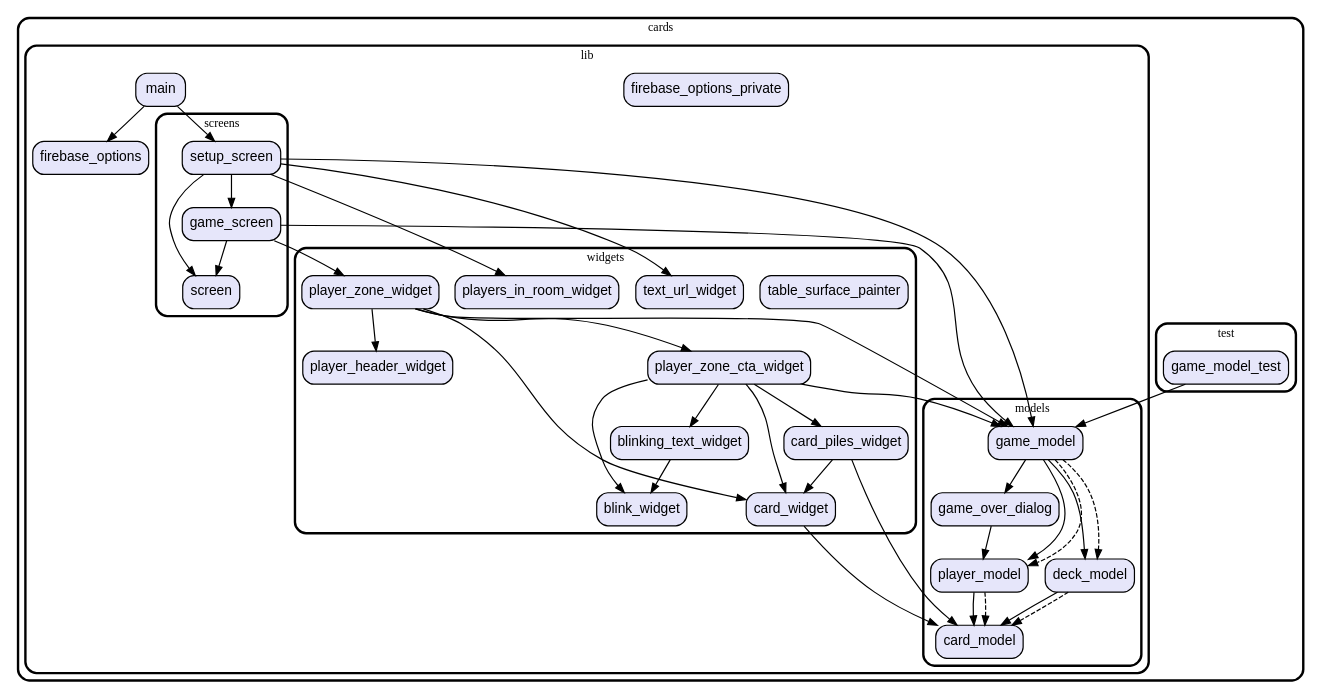
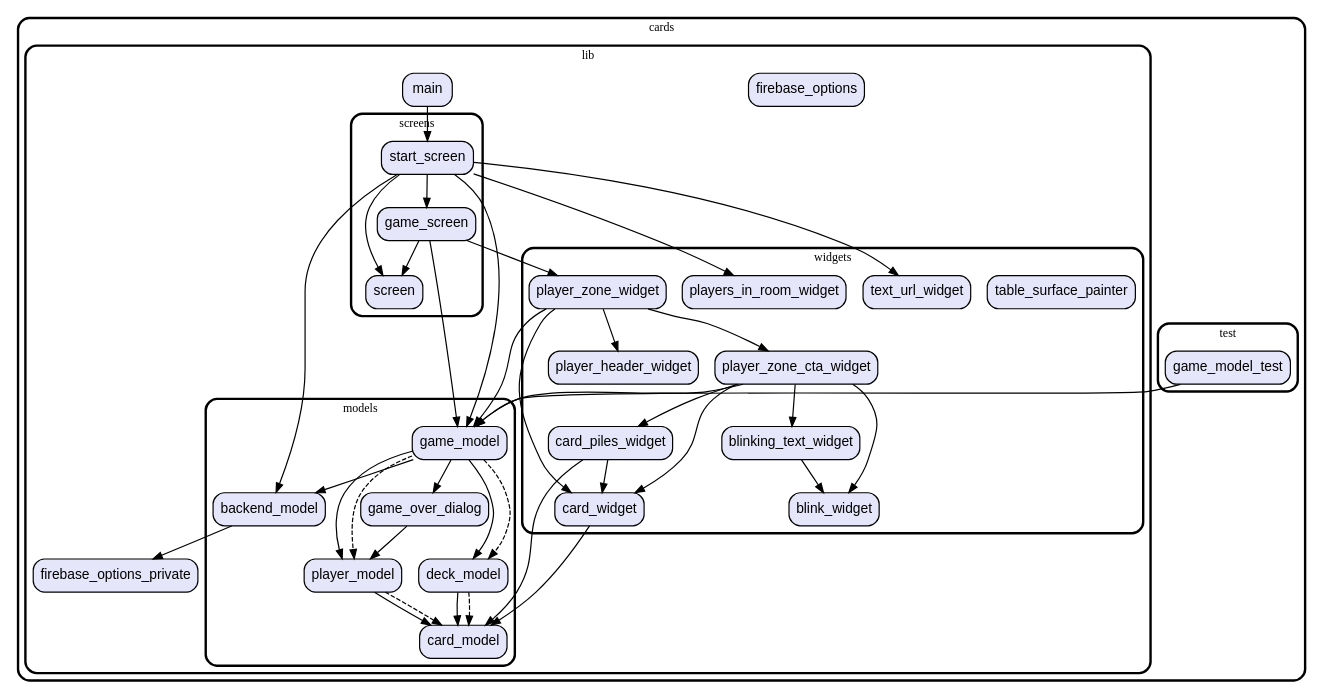
The diagram in graph.dot (vteam-com/Cards), drawn with Graphviz before and after one commit. The commit also changed 13 other files, not shown here.

```diff
--- a/graph.dot
+++ b/graph.dot
@@ -1,101 +1,105 @@
 digraph "" {
   graph [style=rounded fontname="Arial Black" fontsize=13 penwidth=2.6];
   node [shape=rect style="filled,rounded" fontname=Arial fontsize=15 fillcolor=Lavender penwidth=1.3];
   edge [penwidth=1.3];
   "/test/game_model_test.dart" [label="game_model_test"];
   "/lib/firebase_options_private.dart" [label="firebase_options_private"];
   "/lib/firebase_options.dart" [label="firebase_options"];
   "/lib/models/game_model.dart" [label="game_model"];
   "/lib/models/game_over_dialog.dart" [label="game_over_dialog"];
   "/lib/models/player_model.dart" [label="player_model"];
   "/lib/models/card_model.dart" [label="card_model"];
+  "/lib/models/backend_model.dart" [label="backend_model"];
   "/lib/models/deck_model.dart" [label="deck_model"];
   "/lib/screens/game_screen.dart" [label="game_screen"];
-  "/lib/screens/setup_screen.dart" [label="setup_screen"];
+  "/lib/screens/start_screen.dart" [label="start_screen"];
   "/lib/screens/screen.dart" [label="screen"];
   "/lib/main.dart" [label="main"];
   "/lib/widgets/player_zone_cta_widget.dart" [label="player_zone_cta_widget"];
   "/lib/widgets/table_surface_painter.dart" [label="table_surface_painter"];
   "/lib/widgets/card_widget.dart" [label="card_widget"];
   "/lib/widgets/player_header_widget.dart" [label="player_header_widget"];
   "/lib/widgets/players_in_room_widget.dart" [label="players_in_room_widget"];
   "/lib/widgets/player_zone_widget.dart" [label="player_zone_widget"];
   "/lib/widgets/card_piles_widget.dart" [label="card_piles_widget"];
   "/lib/widgets/text_url_widget.dart" [label="text_url_widget"];
   "/lib/widgets/blink_widget.dart" [label="blink_widget"];
   "/lib/widgets/blinking_text_widget.dart" [label="blinking_text_widget"];
   subgraph "cluster~" {
     label="cards";
     subgraph "cluster~/test" {
       label="test";
       "/test/game_model_test.dart";
     }
     subgraph "cluster~/lib" {
       label="lib";
       "/lib/firebase_options_private.dart";
       "/lib/firebase_options.dart";
       "/lib/main.dart";
       subgraph "cluster~/lib/models" {
         label="models";
         "/lib/models/game_model.dart";
         "/lib/models/game_over_dialog.dart";
         "/lib/models/player_model.dart";
         "/lib/models/card_model.dart";
+        "/lib/models/backend_model.dart";
         "/lib/models/deck_model.dart";
       }
       subgraph "cluster~/lib/screens" {
         label="screens";
         "/lib/screens/game_screen.dart";
-        "/lib/screens/setup_screen.dart";
+        "/lib/screens/start_screen.dart";
         "/lib/screens/screen.dart";
       }
       subgraph "cluster~/lib/widgets" {
         label="widgets";
         "/lib/widgets/player_zone_cta_widget.dart";
         "/lib/widgets/table_surface_painter.dart";
         "/lib/widgets/card_widget.dart";
         "/lib/widgets/player_header_widget.dart";
         "/lib/widgets/players_in_room_widget.dart";
         "/lib/widgets/player_zone_widget.dart";
         "/lib/widgets/card_piles_widget.dart";
         "/lib/widgets/text_url_widget.dart";
         "/lib/widgets/blink_widget.dart";
         "/lib/widgets/blinking_text_widget.dart";
       }
     }
   }
   "/test/game_model_test.dart" -> "/lib/models/game_model.dart";
+  "/lib/models/game_model.dart" -> "/lib/models/backend_model.dart";
   "/lib/models/game_model.dart" -> "/lib/models/deck_model.dart";
   "/lib/models/game_model.dart" -> "/lib/models/game_over_dialog.dart";
   "/lib/models/game_model.dart" -> "/lib/models/player_model.dart";
   "/lib/models/game_model.dart" -> "/lib/models/deck_model.dart" [style=dashed];
   "/lib/models/game_model.dart" -> "/lib/models/player_model.dart" [style=dashed];
   "/lib/models/game_over_dialog.dart" -> "/lib/models/player_model.dart";
   "/lib/models/player_model.dart" -> "/lib/models/card_model.dart";
   "/lib/models/player_model.dart" -> "/lib/models/card_model.dart" [style=dashed];
+  "/lib/models/backend_model.dart" -> "/lib/firebase_options_private.dart";
   "/lib/models/deck_model.dart" -> "/lib/models/card_model.dart";
   "/lib/models/deck_model.dart" -> "/lib/models/card_model.dart" [style=dashed];
   "/lib/screens/game_screen.dart" -> "/lib/models/game_model.dart";
   "/lib/screens/game_screen.dart" -> "/lib/screens/screen.dart";
   "/lib/screens/game_screen.dart" -> "/lib/widgets/player_zone_widget.dart";
-  "/lib/screens/setup_screen.dart" -> "/lib/models/game_model.dart";
-  "/lib/screens/setup_screen.dart" -> "/lib/screens/game_screen.dart";
-  "/lib/screens/setup_screen.dart" -> "/lib/screens/screen.dart";
-  "/lib/screens/setup_screen.dart" -> "/lib/widgets/players_in_room_widget.dart";
-  "/lib/screens/setup_screen.dart" -> "/lib/widgets/text_url_widget.dart";
-  "/lib/main.dart" -> "/lib/firebase_options.dart";
-  "/lib/main.dart" -> "/lib/screens/setup_screen.dart";
+  "/lib/screens/start_screen.dart" -> "/lib/models/backend_model.dart";
+  "/lib/screens/start_screen.dart" -> "/lib/models/game_model.dart";
+  "/lib/screens/start_screen.dart" -> "/lib/screens/game_screen.dart";
+  "/lib/screens/start_screen.dart" -> "/lib/screens/screen.dart";
+  "/lib/screens/start_screen.dart" -> "/lib/widgets/players_in_room_widget.dart";
+  "/lib/screens/start_screen.dart" -> "/lib/widgets/text_url_widget.dart";
+  "/lib/main.dart" -> "/lib/screens/start_screen.dart";
   "/lib/widgets/player_zone_cta_widget.dart" -> "/lib/models/game_model.dart";
   "/lib/widgets/player_zone_cta_widget.dart" -> "/lib/widgets/blink_widget.dart";
   "/lib/widgets/player_zone_cta_widget.dart" -> "/lib/widgets/blinking_text_widget.dart";
   "/lib/widgets/player_zone_cta_widget.dart" -> "/lib/widgets/card_piles_widget.dart";
   "/lib/widgets/player_zone_cta_widget.dart" -> "/lib/widgets/card_widget.dart";
   "/lib/widgets/card_widget.dart" -> "/lib/models/card_model.dart";
   "/lib/widgets/player_zone_widget.dart" -> "/lib/models/game_model.dart";
   "/lib/widgets/player_zone_widget.dart" -> "/lib/widgets/card_widget.dart";
   "/lib/widgets/player_zone_widget.dart" -> "/lib/widgets/player_header_widget.dart";
   "/lib/widgets/player_zone_widget.dart" -> "/lib/widgets/player_zone_cta_widget.dart";
   "/lib/widgets/card_piles_widget.dart" -> "/lib/models/card_model.dart";
   "/lib/widgets/card_piles_widget.dart" -> "/lib/widgets/card_widget.dart";
   "/lib/widgets/blinking_text_widget.dart" -> "/lib/widgets/blink_widget.dart";
 }
```
